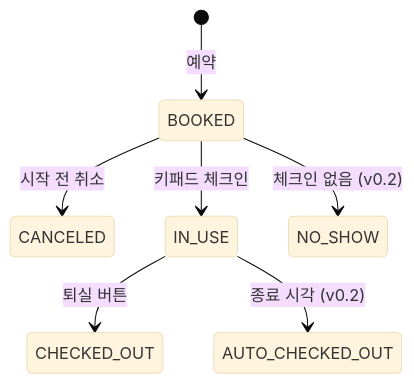
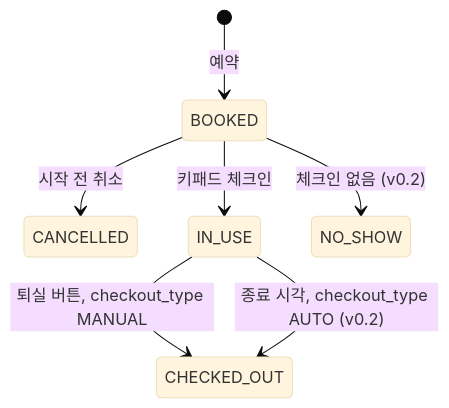
The second of 2 diagrams in requirements/requirements.md (AI-go-do/docs), drawn with Mermaid (base theme) before and after one commit. The commit also changed other lines of this file, not shown here.

First line of the commit message:
docs: 요구사항 명세 이름을 schema-v2.sql에 맞춤

````diff
--- a/requirements/requirements.md
+++ b/requirements/requirements.md
@@ -140,9 +140,9 @@
 ```mermaid
 stateDiagram-v2
     [*] --> BOOKED: 예약
-    BOOKED --> CANCELED: 시작 전 취소
+    BOOKED --> CANCELLED: 시작 전 취소
     BOOKED --> IN_USE: 키패드 체크인
     BOOKED --> NO_SHOW: 체크인 없음 (v0.2)
-    IN_USE --> CHECKED_OUT: 퇴실 버튼
-    IN_USE --> AUTO_CHECKED_OUT: 종료 시각 (v0.2)
+    IN_USE --> CHECKED_OUT: 퇴실 버튼, checkout_type MANUAL
+    IN_USE --> CHECKED_OUT: 종료 시각, checkout_type AUTO (v0.2)
 ```
````
